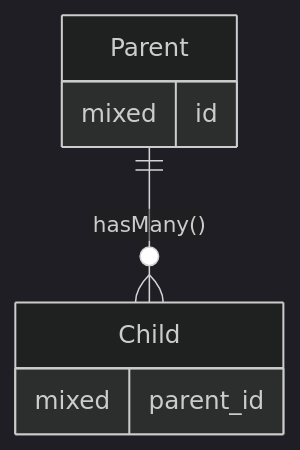
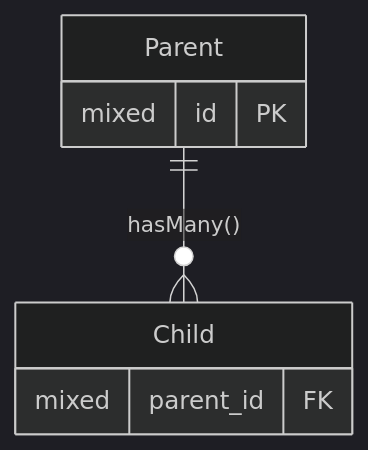
One commit to judgej/laravel-stuff changed the third of 4 diagrams in model-relationships.md. Above: the diagram before and after it, drawn with Mermaid (dark theme). The commit also changed other lines of this file, not shown here.

````diff
--- a/model-relationships.md
+++ b/model-relationships.md
@@ -20,10 +119,10 @@
 ```mermaid
 erDiagram
     Parent ||--o{ Child : "hasMany()"
+    Parent {
+        mixed id PK
+    }
     Child {
-        mixed parent_id
-    }
-    Parent {
-        mixed id
+        mixed parent_id FK
     }
 ```
````
